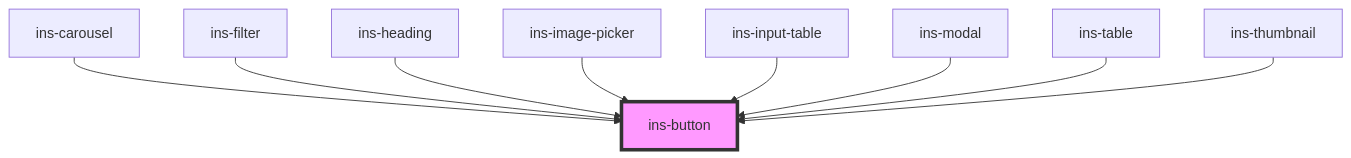
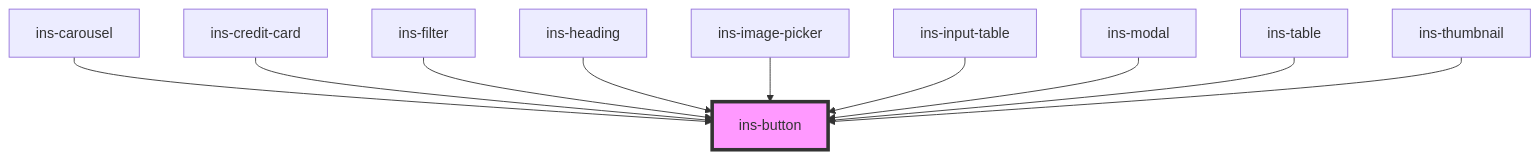
One commit to insites-io/insites-components-v2 changed the diagram in components/src/components/ins-button/README.md. Above: the diagram before and after it, drawn with Mermaid. The commit also changed other lines of this file and 139 other files, not shown here.

Commit message:
New methods, events & attributes for ins-gallery, ins-modal, ins-credit-card, ins-button, ins-tag

````diff
--- a/components/src/components/ins-button/README.md
+++ b/components/src/components/ins-button/README.md
@@ -55,12 +57,13 @@
 ```mermaid
 graph TD;
   ins-carousel --> ins-button
+  ins-credit-card --> ins-button
   ins-filter --> ins-button
   ins-heading --> ins-button
   ins-image-picker --> ins-button
   ins-input-table --> ins-button
   ins-modal --> ins-button
   ins-table --> ins-button
   ins-thumbnail --> ins-button
   style ins-button fill:#f9f,stroke:#333,stroke-width:4px
 ```
````
